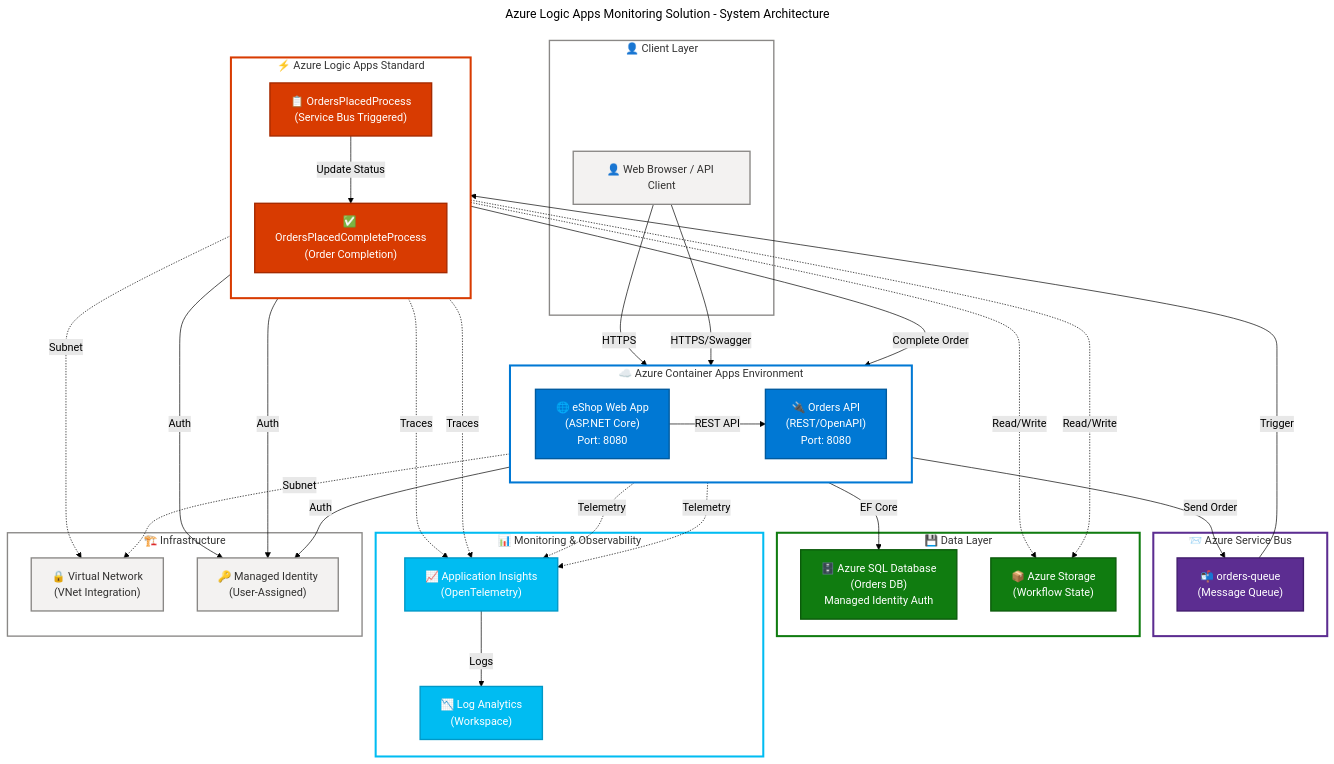
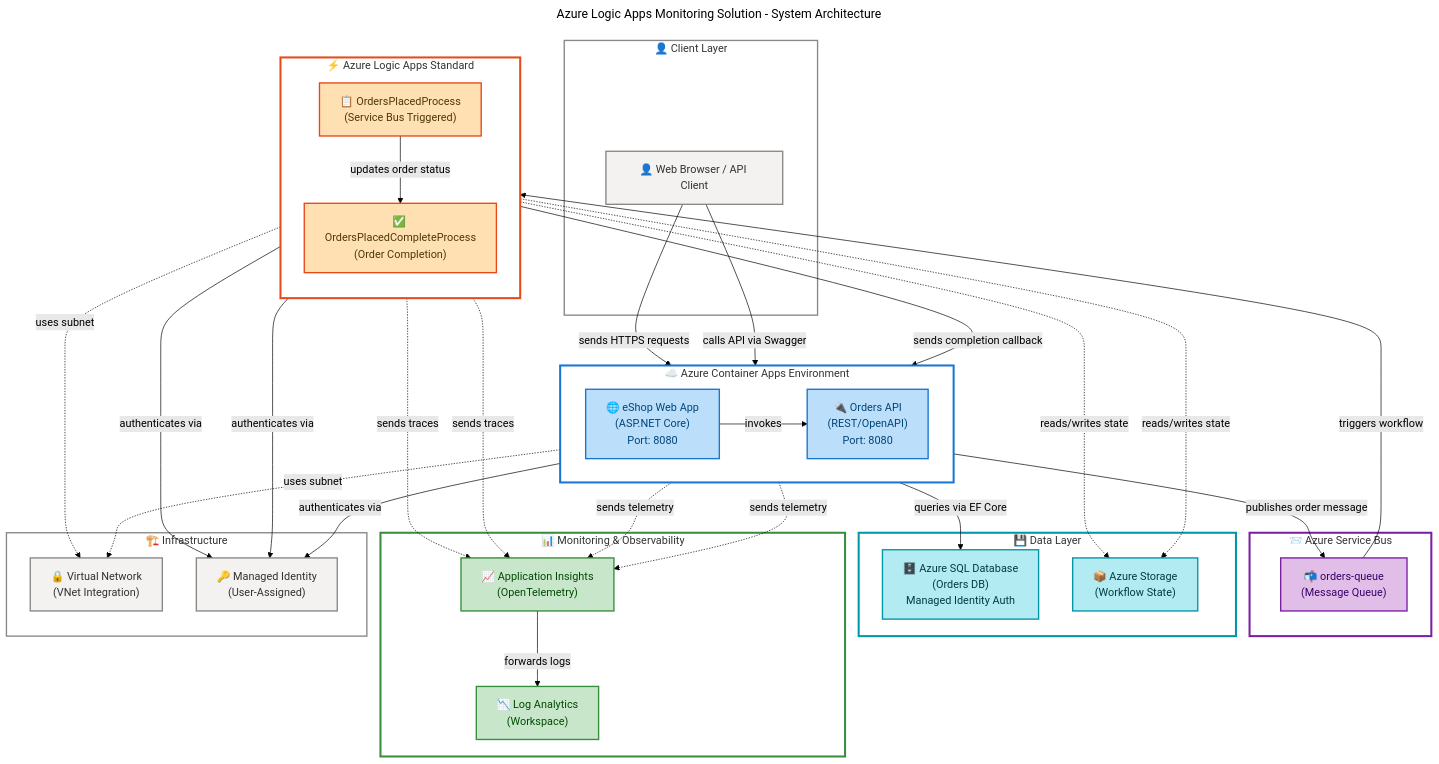
The diagram in README.md (Evilazaro/Azure-LogicApps-Monitoring), drawn with Mermaid (forest theme) before and after one commit. The commit also changed other lines of this file, not shown here.

Commit message:
docs: enhance README with detailed Table of Contents and color definitions for improved clarity and accessibility

````diff
--- a/README.md
+++ b/README.md
@@ -100,6 +112,25 @@
 flowchart TB
     accTitle: Azure Logic Apps Monitoring Solution System Architecture
     accDescr: A comprehensive architecture diagram showing the Azure Logic Apps monitoring solution with client layer, container apps environment running web app and orders API, Logic Apps workflows for order processing, Service Bus messaging, data layer with SQL Database and storage, monitoring components with Application Insights and Log Analytics, and infrastructure components including VNet and managed identity. All components are connected showing data flow and authentication patterns.
+
+    %% ═══════════════════════════════════════════════════════════════════════════
+    %% COLOR SCHEME v2.1 - Microsoft Fluent UI 100-Level Fills
+    %% (Semantic + Structural + Font + Accessibility Governance)
+    %% ═══════════════════════════════════════════════════════════════════════════
+    %% SEMANTIC COLORS (Content Nodes):
+    %%   - azureBlue (#BBDEFB): APIs, Clients, Input - Fluent UI Blue 100
+    %%   - azureGreen (#C8E6C9): Backend Services, Processing - Fluent UI Green 100
+    %%   - azureOrange (#FFE0B2): Workflows, Orchestration - Fluent UI Orange 100
+    %%   - azureTeal (#B2EBF2): Data Storage, Persistence - Fluent UI Teal 100
+    %%   - azurePurple (#E1BEE7): Messaging, Events - Fluent UI Purple 100
+    %% STRUCTURAL COLORS (Containers):
+    %%   - Level 1 System Container: #FFFFFF (White - main boundary)
+    %%   - Level 2+ Subgraphs: #FFFFFF (White - nested boundaries)
+    %%   - Infrastructure: #F3F2F1 (Neutral Gray 10)
+    %% FONT GOVERNANCE:
+    %%   - Dark text (#323130) on all light backgrounds for WCAG AA (4.5:1)
+    %% MAX SEMANTIC COLORS: 5 (within 5-color limit)
+    %% ═══════════════════════════════════════════════════════════════════════════
 
     subgraph client["👤 Client Layer"]
         user["👤 Web Browser / API Client"]:::neutral
@@ -122,13 +153,13 @@
     end
 
     subgraph data["💾 Data Layer"]
-        sql["🗄️ Azure SQL Database<br/>(Orders DB)<br/>Managed Identity Auth"]:::azureGreen
-        storage["📦 Azure Storage<br/>(Workflow State)"]:::azureGreen
+        sql["🗄️ Azure SQL Database<br/>(Orders DB)<br/>Managed Identity Auth"]:::azureTeal
+        storage["📦 Azure Storage<br/>(Workflow State)"]:::azureTeal
     end
 
     subgraph monitoring["📊 Monitoring & Observability"]
-        appinsights["📈 Application Insights<br/>(OpenTelemetry)"]:::azureTeal
-        loganalytics["📉 Log Analytics<br/>(Workspace)"]:::azureTeal
+        appinsights["📈 Application Insights<br/>(OpenTelemetry)"]:::azureGreen
+        loganalytics["📉 Log Analytics<br/>(Workspace)"]:::azureGreen
     end
 
     subgraph infra["🏗️ Infrastructure"]
@@ -137,60 +168,51 @@
     end
 
     %% Client connections
-    user -->|HTTPS| webapp
-    user -->|HTTPS/Swagger| api
+    user -->|"sends HTTPS requests"| webapp
+    user -->|"calls API via Swagger"| api
 
     %% Application flow
-    webapp -->|REST API| api
-    api -->|Send Order| queue
-    queue -->|Trigger| workflow1
-    workflow1 -->|Update Status| workflow2
-    workflow2 -->|Complete Order| api
+    webapp -->|"invokes"| api
+    api -->|"publishes order message"| queue
+    queue -->|"triggers workflow"| workflow1
+    workflow1 -->|"updates order status"| workflow2
+    workflow2 -->|"sends completion callback"| api
 
     %% Data access
-    api -->|EF Core| sql
-    workflow1 -.->|Read/Write| storage
-    workflow2 -.->|Read/Write| storage
+    api -->|"queries via EF Core"| sql
+    workflow1 -.->|"reads/writes state"| storage
+    workflow2 -.->|"reads/writes state"| storage
 
     %% Authentication
-    api -->|Auth| identity
-    workflow1 -->|Auth| identity
-    workflow2 -->|Auth| identity
+    api -->|"authenticates via"| identity
+    workflow1 -->|"authenticates via"| identity
+    workflow2 -->|"authenticates via"| identity
 
     %% Monitoring
-    webapp -.->|Telemetry| appinsights
-    api -.->|Telemetry| appinsights
-    workflow1 -.->|Traces| appinsights
-    workflow2 -.->|Traces| appinsights
-    appinsights -->|Logs| loganalytics
+    webapp -.->|"sends telemetry"| appinsights
+    api -.->|"sends telemetry"| appinsights
+    workflow1 -.->|"sends traces"| appinsights
+    workflow2 -.->|"sends traces"| appinsights
+    appinsights -->|"forwards logs"| loganalytics
 
     %% Network
-    aca -.->|Subnet| vnet
-    logic -.->|Subnet| vnet
+    aca -.->|"uses subnet"| vnet
+    logic -.->|"uses subnet"| vnet
 
-    %% Color Definitions (Azure Brand Palette)
-    classDef azureBlue fill:#0078D4,stroke:#005A9E,stroke-width:2px,color:#FFFFFF
-    classDef azureGreen fill:#107C10,stroke:#0B5A0B,stroke-width:2px,color:#FFFFFF
-    classDef azureOrange fill:#D83B01,stroke:#A52A00,stroke-width:2px,color:#FFFFFF
-    classDef azurePurple fill:#5C2D91,stroke:#401B6C,stroke-width:2px,color:#FFFFFF
-    classDef azureTeal fill:#00BCF2,stroke:#0098C7,stroke-width:2px,color:#FFFFFF
+    %% Color Definitions (Fluent UI 100-Level Fills)
+    classDef azureBlue fill:#BBDEFB,stroke:#1976D2,stroke-width:2px,color:#004578
+    classDef azureGreen fill:#C8E6C9,stroke:#388E3C,stroke-width:2px,color:#004B04
+    classDef azureOrange fill:#FFE0B2,stroke:#E64A19,stroke-width:2px,color:#4D3806
+    classDef azurePurple fill:#E1BEE7,stroke:#7B1FA2,stroke-width:2px,color:#38006B
+    classDef azureTeal fill:#B2EBF2,stroke:#0097A7,stroke-width:2px,color:#003D40
     classDef neutral fill:#F3F2F1,stroke:#8A8886,stroke-width:2px,color:#323130
 
     %% Subgraph Styling (MRM-S001 compliant)
     style client fill:#FFFFFF,stroke:#8A8886,stroke-width:2px
-    style aca fill:#FFFFFF,stroke:#0078D4,stroke-width:3px
-    style logic fill:#FFFFFF,stroke:#D83B01,stroke-width:3px
-    style messaging fill:#FFFFFF,stroke:#5C2D91,stroke-width:3px
-    style data fill:#FFFFFF,stroke:#107C10,stroke-width:3px
-    style monitoring fill:#FFFFFF,stroke:#00BCF2,stroke-width:3px
+    style aca fill:#FFFFFF,stroke:#1976D2,stroke-width:3px
+    style logic fill:#FFFFFF,stroke:#E64A19,stroke-width:3px
+    style messaging fill:#FFFFFF,stroke:#7B1FA2,stroke-width:3px
+    style data fill:#FFFFFF,stroke:#0097A7,stroke-width:3px
+    style monitoring fill:#FFFFFF,stroke:#388E3C,stroke-width:3px
     style infra fill:#FFFFFF,stroke:#8A8886,stroke-width:2px
-
-    %% Accessibility: WCAG AA compliant (4.5:1 contrast ratio verified)
-    %% Color Palette Documentation:
-    %% - azureBlue (#0078D4): Container Apps, APIs (Azure primary blue)
-    %% - azureGreen (#107C10): Data Layer (SQL, Storage)
-    %% - azureOrange (#D83B01): Logic Apps Workflows (Processing/Orchestration)
-    %% - azurePurple (#5C2D91): Messaging (Service Bus)
-    %% - azureTeal (#00BCF2): Monitoring (App Insights, Log Analytics - distinct from Container Apps)
-    %% - neutral (#F3F2F1): Infrastructure, Client (Non-semantic)
 ```
````
